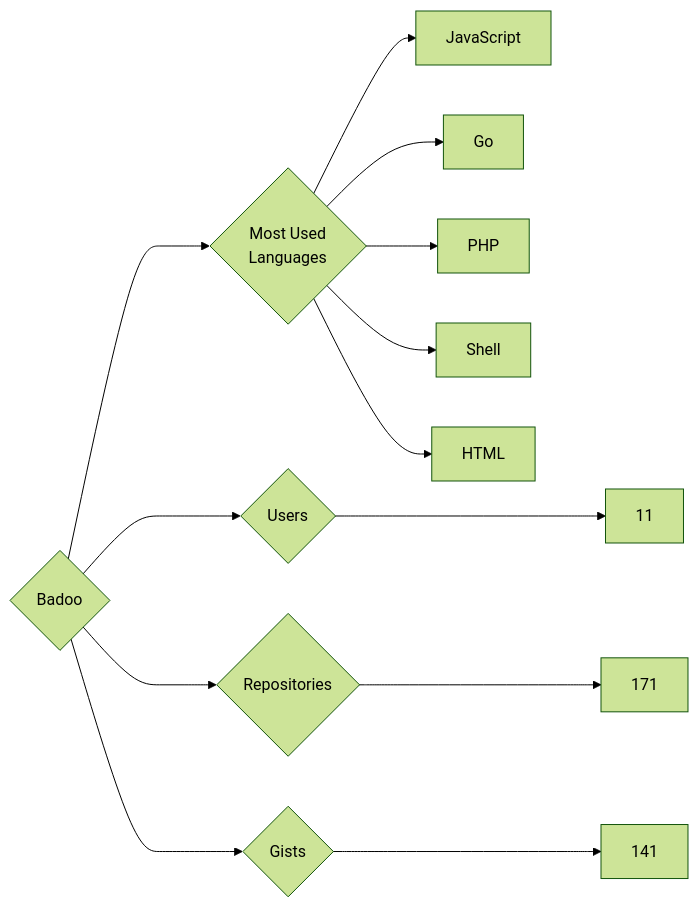
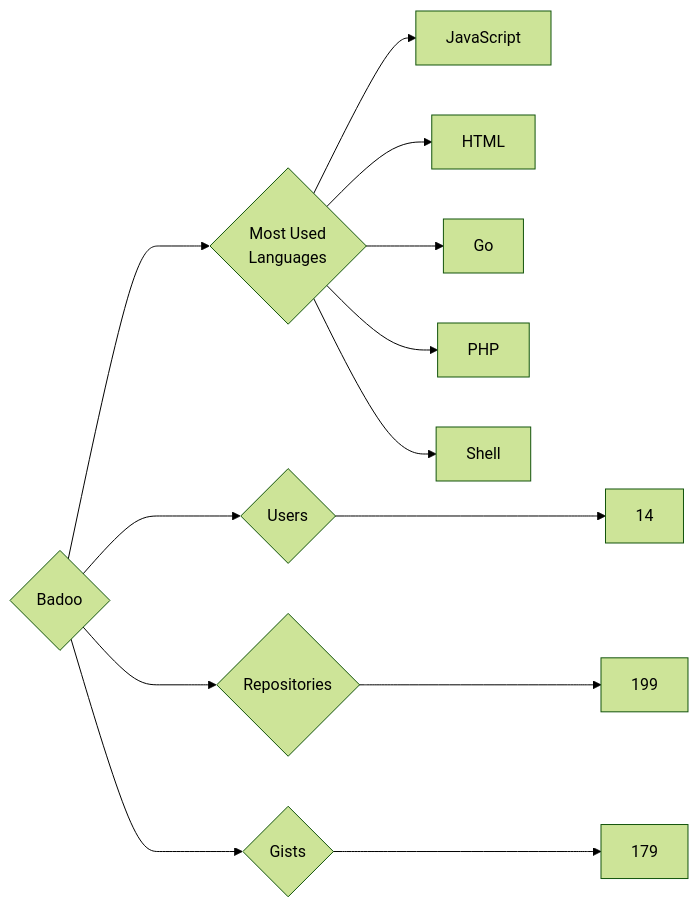
Before and after one commit to trickest/insiders: the diagram in targets/Badoo/README.md, drawn with Mermaid (forest theme). The commit also changed 1084 other files, not shown here.

````diff
--- a/targets/Badoo/README.md
+++ b/targets/Badoo/README.md
@@ -3,13 +3,13 @@
 ```mermaid
 graph LR
 COMPANY_NAME{Badoo}
-COMPANY_NAME ---> U{Users} ---> UN[11]
-COMPANY_NAME ---> R{Repositories} ---> RN[171]
-COMPANY_NAME ---> G{Gists} ---> GN[141]
+COMPANY_NAME ---> U{Users} ---> UN[14]
+COMPANY_NAME ---> R{Repositories} ---> RN[199]
+COMPANY_NAME ---> G{Gists} ---> GN[179]
 COMPANY_NAME ---> ML{Most Used<br>Languages}
 ML --> JavaScript[JavaScript]
+ML --> HTML[HTML]
 ML --> Go[Go]
 ML --> PHP[PHP]
 ML --> Shell[Shell]
-ML --> HTML[HTML]
 ```
````
